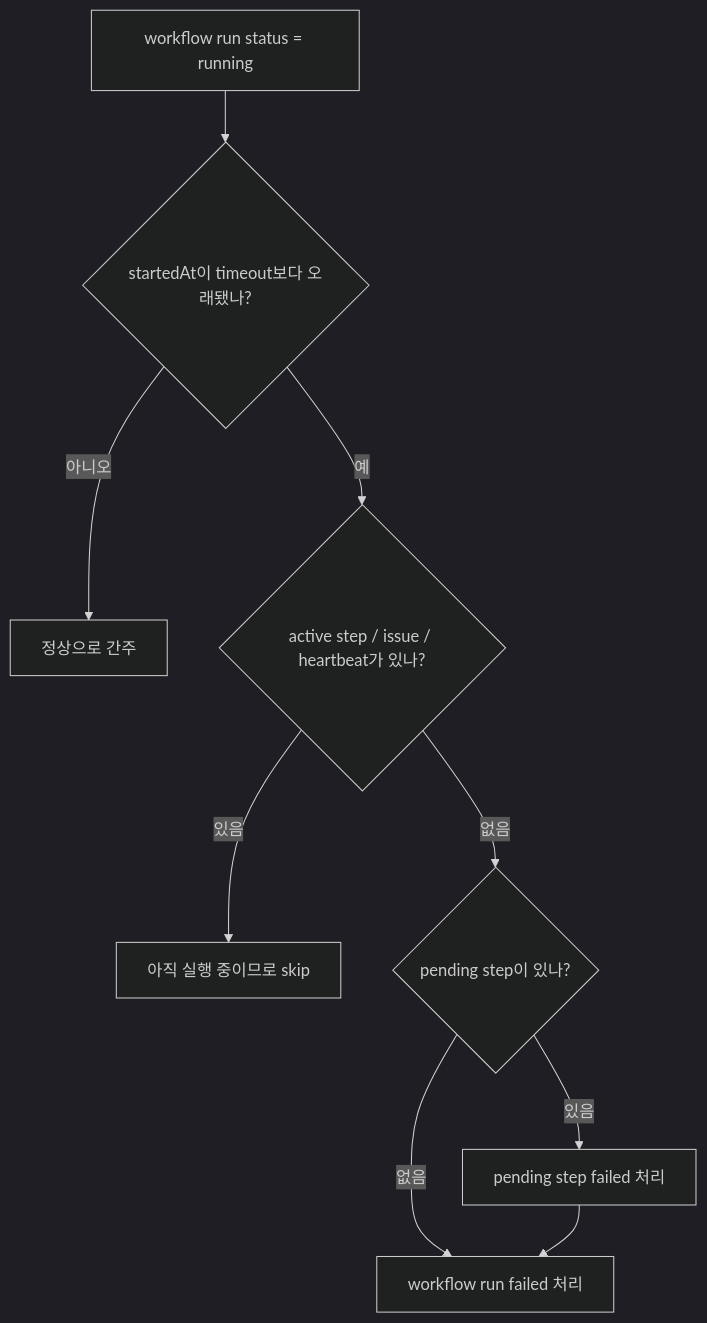
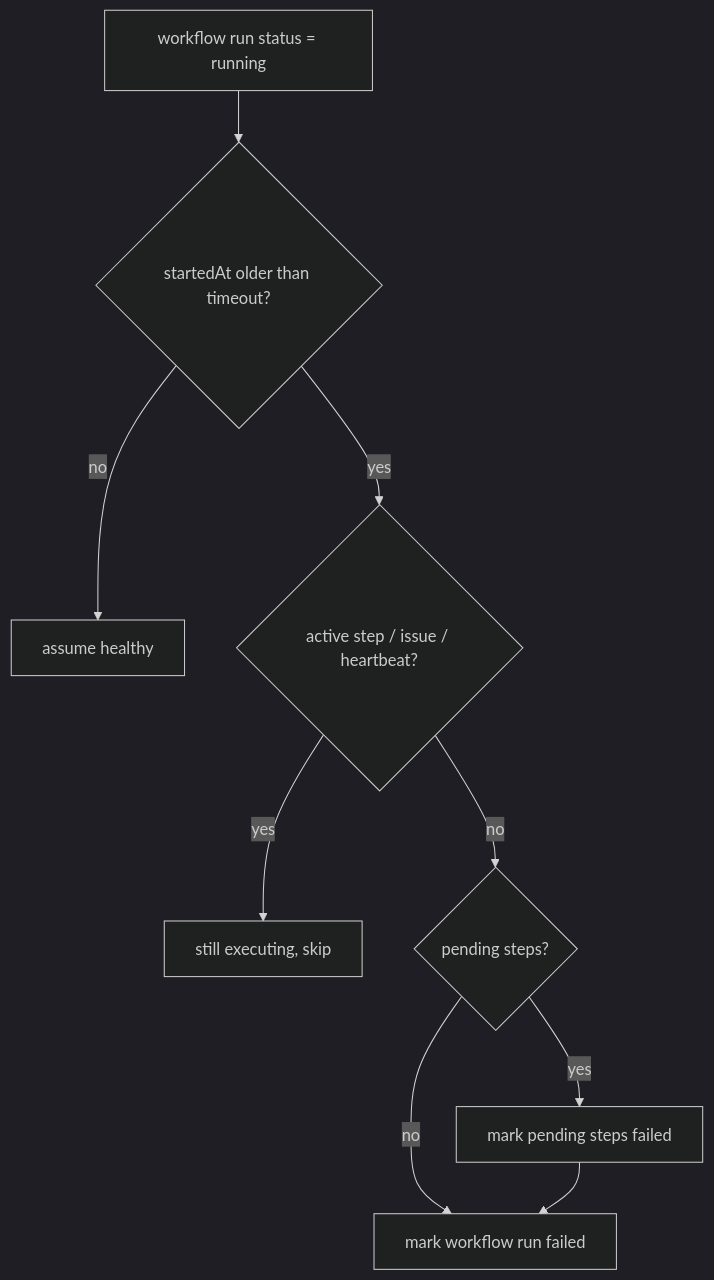
The ninth of 17 diagrams in docs/guides/agent-developer/mission-workflow-runtime.md (insightflo/papercompany-runtime), drawn with Mermaid (dark theme) before and after one commit. The commit also changed other lines of this file and 173 other files, not shown here.

````diff
--- a/docs/guides/agent-developer/mission-workflow-runtime.md
+++ b/docs/guides/agent-developer/mission-workflow-runtime.md
@@ -275,11 +232,11 @@
 ```mermaid
 flowchart TD
-  Start["workflow run status = running"] --> Timeout{"startedAt이 timeout보다 오래됐나?"}
-  Timeout -- 아니오 --> Skip1["정상으로 간주"]
-  Timeout -- 예 --> Active{"active step / issue / heartbeat가 있나?"}
-  Active -- 있음 --> Skip2["아직 실행 중이므로 skip"]
-  Active -- 없음 --> Pending{"pending step이 있나?"}
-  Pending -- 있음 --> FailSteps["pending step failed 처리"]
-  Pending -- 없음 --> FailRun["workflow run failed 처리"]
+  Start["workflow run status = running"] --> Timeout{"startedAt older than timeout?"}
+  Timeout -- no --> Skip1["assume healthy"]
+  Timeout -- yes --> Active{"active step / issue / heartbeat?"}
+  Active -- yes --> Skip2["still executing, skip"]
+  Active -- no --> Pending{"pending steps?"}
+  Pending -- yes --> FailSteps["mark pending steps failed"]
+  Pending -- no --> FailRun["mark workflow run failed"]
   FailSteps --> FailRun
 ```
````
